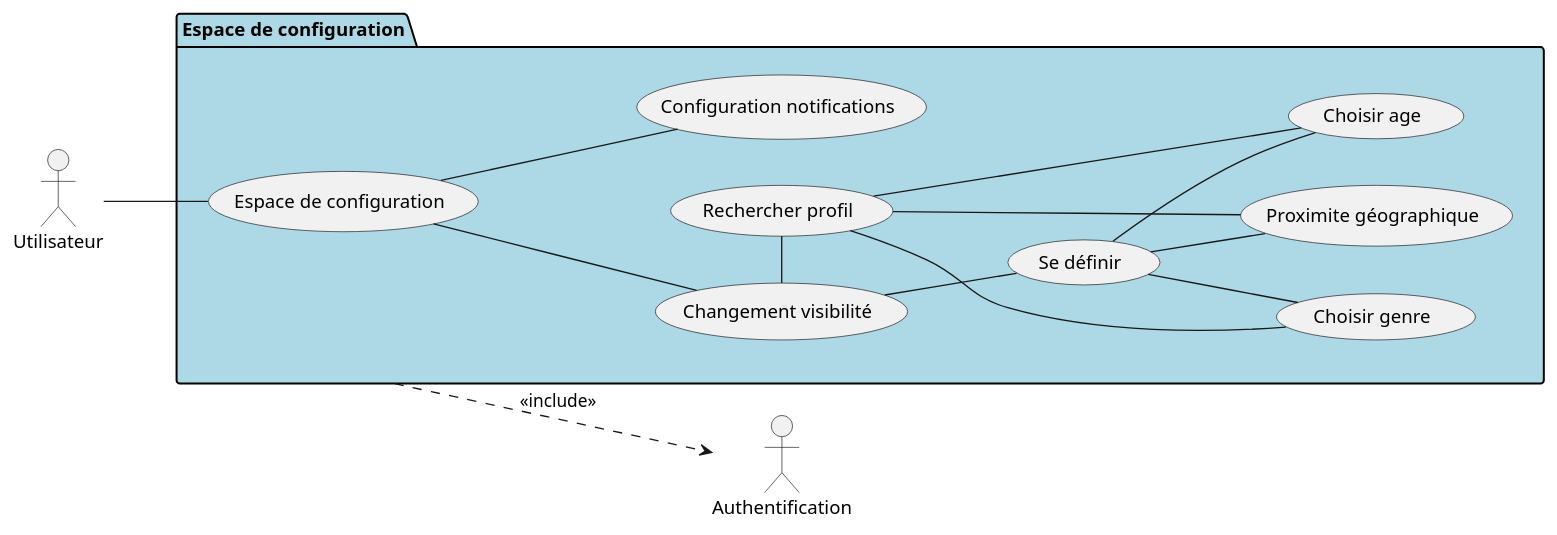
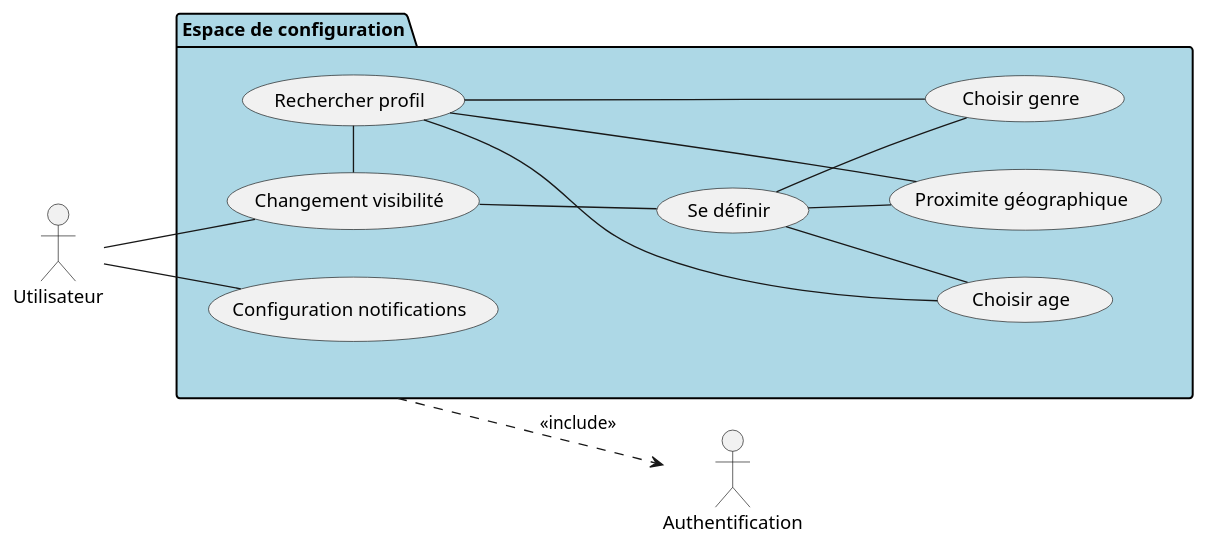
One commit to MinaroliCorentin/PSO changed the diagram in src/Projet_Tinder_Cas_Utilisation_Espace_De_Configuration.puml. Above: the diagram before and after it, drawn with PlantUML. The commit also changed 6 other files, not shown here.

```diff
--- a/src/Projet_Tinder_Cas_Utilisation_Espace_De_Configuration.puml
+++ b/src/Projet_Tinder_Cas_Utilisation_Espace_De_Configuration.puml
@@ -1,41 +1,39 @@
 @startuml
 
 left to right direction
 
 'Acteurs'
 actor Utilisateur
 actor "Authentification"
 
 package "Espace de configuration" #LightBlue {
 
-    usecase "Espace de configuration" as config_espace
     usecase "Changement visibilité" as config_visibilite
     usecase "Proximite géographique" as config_proximite
     usecase "Choisir age" as config_age
     usecase "Choisir genre" as config_genre
     usecase "Se définir" as config_ses_critere_visibilite
     usecase "Rechercher profil" as config_critere_visibilite_autres
     usecase "Configuration notifications" as config_notif
 
-    Utilisateur -- config_espace
 
-    config_espace -- config_visibilite
-    config_espace -- config_notif
+    Utilisateur -- config_visibilite
+    Utilisateur -- config_notif
 
     config_visibilite -- config_ses_critere_visibilite
     config_visibilite -left- config_critere_visibilite_autres
 
     config_critere_visibilite_autres -up- config_proximite
     config_critere_visibilite_autres -up- config_age
     config_critere_visibilite_autres -up- config_genre
 
     config_ses_critere_visibilite -down- config_proximite
     config_ses_critere_visibilite -down- config_age
     config_ses_critere_visibilite -down- config_genre
 
 }
 
     "Espace de configuration" ..> Authentification : <<include>>
 
 
 @enduml
```
